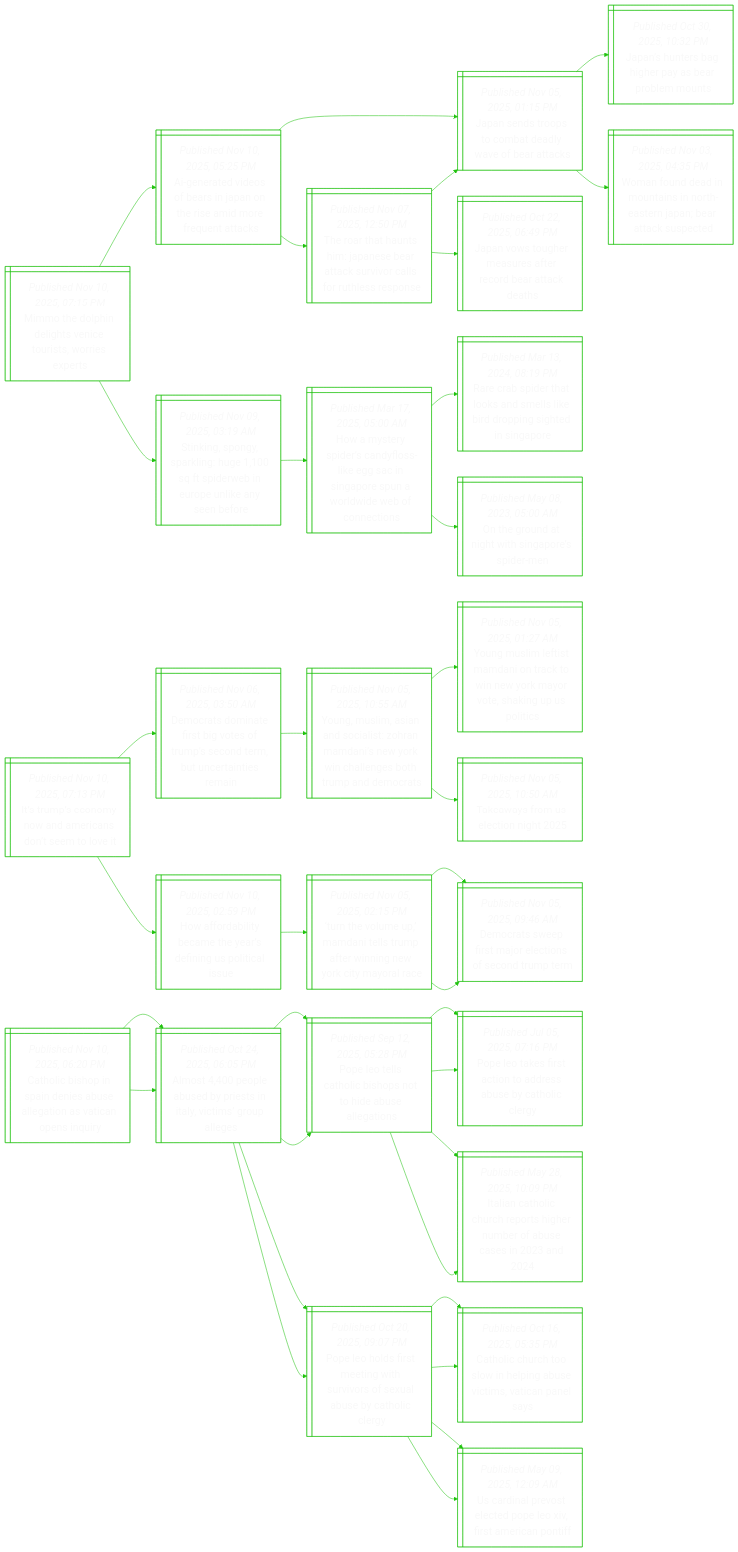
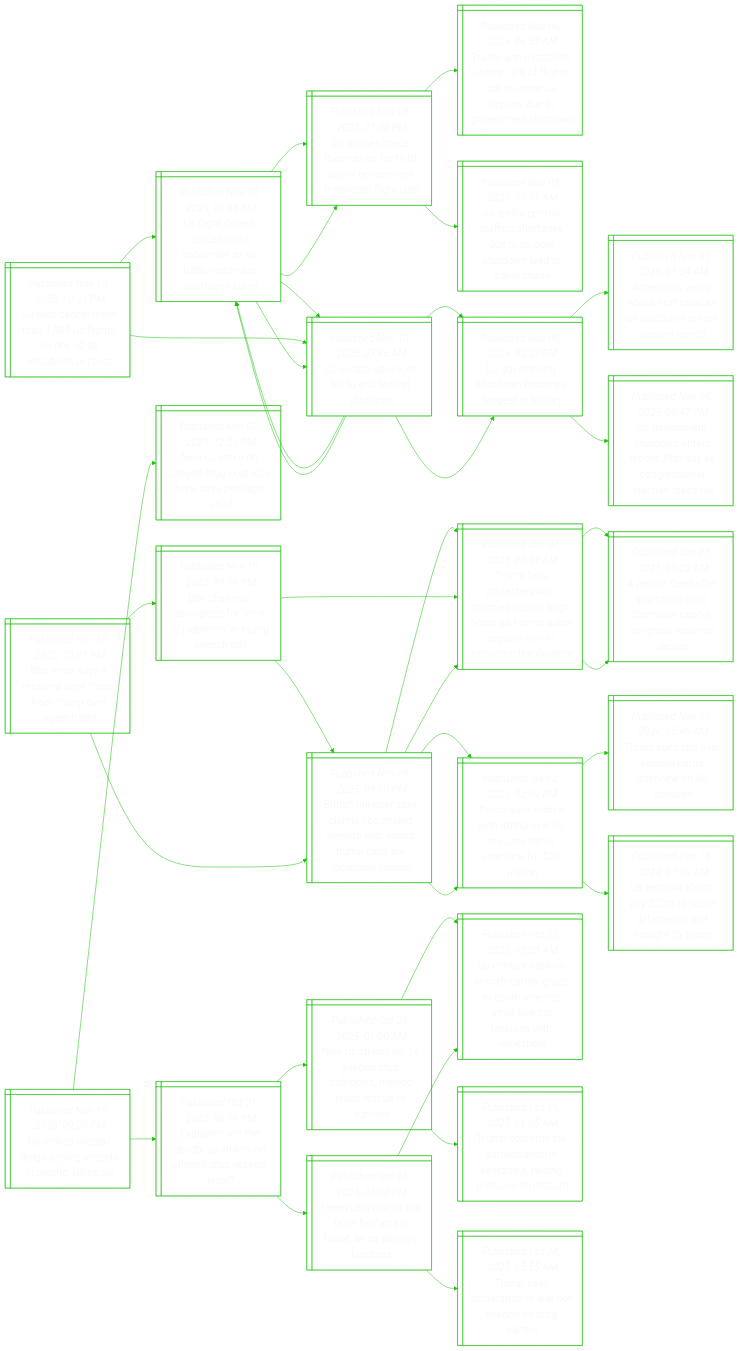
The diagram in README.md (notJmes/notJmes), drawn with Mermaid before and after one commit. The commit also changed other lines of this file, not shown here.

````diff
--- a/README.md
+++ b/README.md
@@ -16,115 +16,118 @@
 flowchart LR
 classDef txtsize font-size:20px;
 
-Mtldhnotrxs@{ shape: win-pane, label: "_Published Nov 10, 2025, 07:15 PM_
-Mimmo the dolphin delights venice tourists, worries experts" }
-Aedoenneaoetc@{ shape: win-pane, label: "_Published Nov 10, 2025, 05:25 PM_
-Ai-generated videos of bears in japan on the rise amid more frequent attacks" }
-Jstsmewfak@{ shape: win-pane, label: "_Published Nov 05, 2025, 01:15 PM_
-Japan sends troops to combat deadly wave of bear attacks" }
-Jsegearlu@{ shape: win-pane, label: "_Published Oct 30, 2025, 10:32 PM_
-Japan’s hunters bag higher pay as bear problem mounts" }
-Wfdntittaetut@{ shape: win-pane, label: "_Published Nov 03, 2025, 04:35 PM_
-Woman found dead in mountains in north-eastern japan; bear attack suspected" }
-TattJeaarrsusp@{ shape: win-pane, label: "_Published Nov 07, 2025, 12:50 PM_
-The roar that haunts him: japanese bear attack survivor calls for ruthless response" }
-Jvorufebtds@{ shape: win-pane, label: "_Published Oct 22, 2025, 06:49 PM_
-Japan vows tougher measures after record bear attack deaths" }
-Jstsmewfak@{ shape: win-pane, label: "_Published Nov 05, 2025, 01:15 PM_
-Japan sends troops to combat deadly wave of bear attacks" }
-Siopigteiolnnr@{ shape: win-pane, label: "_Published Nov 09, 2025, 03:19 AM_
-Stinking, spongy, sparkling: huge 1,100 sq ft spiderweb in europe unlike any seen before" }
-HyyenoksSppoibni@{ shape: win-pane, label: "_Published Mar 17, 2025, 05:00 AM_
-How a mystery spider’s candyfloss-like egg sac in singapore spun a worldwide web of connections" }
-Rrihodledigige@{ shape: win-pane, label: "_Published Mar 13, 2024, 08:19 PM_
-Rare crab spider that looks and smells like bird dropping sighted in singapore" }
-Ogdgtgedn@{ shape: win-pane, label: "_Published May 08, 2023, 05:00 AM_
-On the ground at night with singapore’s spider-men" }
+Annoalsvuni@{ shape: win-pane, label: "_Published Nov 10, 2025, 10:23 PM_
+Airlines cancel more than 1,500 us flights on nov 10 as shutdown persists" }
+Uglalnetifolhgr@{ shape: win-pane, label: "_Published Nov 10, 2025, 06:48 AM_
+Us flight delays, cancellations accelerate as air traffic controller shortages surge" }
+Ulbtefiyvendhs@{ shape: win-pane, label: "_Published Nov 09, 2025, 07:33 PM_
+Us airlines brace themselves for third day of government-mandated flight cuts" }
+TaitroguaSouomhw@{ shape: win-pane, label: "_Published Nov 06, 2025, 06:35 AM_
+Trump administration orders 10% of flights cut at major us airports due to government shutdown" }
+AacofsauSsoarc@{ shape: win-pane, label: "_Published Nov 09, 2025, 07:51 AM_
+Air traffic control staffing shortages due to us govt shutdown lead to travel chaos" }
+Uavstfat@{ shape: win-pane, label: "_Published Nov 10, 2025, 07:45 AM_
+Us senate advances bill to end federal shutdown" }
+Uentbegno@{ shape: win-pane, label: "_Published Nov 05, 2025, 02:27 PM_
+Us government shutdown becomes longest in history" }
+Uglalnetifolhgr@{ shape: win-pane, label: "_Published Nov 10, 2025, 06:48 AM_
+Us flight delays, cancellations accelerate as air traffic controller shortages surge" }
+Uavstfat@{ shape: win-pane, label: "_Published Nov 10, 2025, 07:45 AM_
+Us senate advances bill to end federal shutdown" }
+Uentbegno@{ shape: win-pane, label: "_Published Nov 05, 2025, 02:27 PM_
+Us government shutdown becomes longest in history" }
+AcobeaSdnsdh@{ shape: win-pane, label: "_Published Nov 01, 2025, 01:34 AM_
+Americans worry about next meal as us shutdown enters second month" }
+Uentesraosactt@{ shape: win-pane, label: "_Published Nov 04, 2025, 08:47 PM_
+Us government shutdown enters record 35th day as congressional inaction takes toll" }
+Uglalnetifolhgr@{ shape: win-pane, label: "_Published Nov 10, 2025, 06:48 AM_
+Us flight delays, cancellations accelerate as air traffic controller shortages surge" }
+Ulbtefiyvendhs@{ shape: win-pane, label: "_Published Nov 09, 2025, 07:33 PM_
+Us airlines brace themselves for third day of government-mandated flight cuts" }
+Uavstfat@{ shape: win-pane, label: "_Published Nov 10, 2025, 07:45 AM_
+Us senate advances bill to end federal shutdown" }
 
-Mtldhnotrxs:::txtsize --> Aedoenneaoetc:::txtsize
-Aedoenneaoetc:::txtsize --> Jstsmewfak:::txtsize
-Jstsmewfak:::txtsize --> Jsegearlu:::txtsize
-Jstsmewfak:::txtsize --> Wfdntittaetut:::txtsize
-Aedoenneaoetc:::txtsize --> TattJeaarrsusp:::txtsize
-TattJeaarrsusp:::txtsize --> Jvorufebtds:::txtsize
-TattJeaarrsusp:::txtsize --> Jstsmewfak:::txtsize
-Mtldhnotrxs:::txtsize --> Siopigteiolnnr:::txtsize
-Siopigteiolnnr:::txtsize --> HyyenoksSppoibni:::txtsize
-HyyenoksSppoibni:::txtsize --> Rrihodledigige:::txtsize
-HyyenoksSppoibni:::txtsize --> Ogdgtgedn:::txtsize
+Annoalsvuni:::txtsize --> Uglalnetifolhgr:::txtsize
+Uglalnetifolhgr:::txtsize --> Ulbtefiyvendhs:::txtsize
+Ulbtefiyvendhs:::txtsize --> TaitroguaSouomhw:::txtsize
+Ulbtefiyvendhs:::txtsize --> AacofsauSsoarc:::txtsize
+Uglalnetifolhgr:::txtsize --> Uavstfat:::txtsize
+Uavstfat:::txtsize --> Uentbegno:::txtsize
+Uavstfat:::txtsize --> Uglalnetifolhgr:::txtsize
+Annoalsvuni:::txtsize --> Uavstfat:::txtsize
+Uavstfat:::txtsize --> Uentbegno:::txtsize
+Uentbegno:::txtsize --> AcobeaSdnsdh:::txtsize
+Uentbegno:::txtsize --> Uentesraosactt:::txtsize
+Uavstfat:::txtsize --> Uglalnetifolhgr:::txtsize
+Uglalnetifolhgr:::txtsize --> Ulbtefiyvendhs:::txtsize
+Uglalnetifolhgr:::txtsize --> Uavstfat:::txtsize
 
-Iucynrssoi@{ shape: win-pane, label: "_Published Nov 10, 2025, 07:13 PM_
-It’s trump’s economy now and americans don’t seem to love it" }
-Drotsvomcetrte@{ shape: win-pane, label: "_Published Nov 06, 2025, 03:50 AM_
-Democrats dominate first big votes of trump’s second term, but uncertainties remain" }
-YMmnoihaiYilehpea@{ shape: win-pane, label: "_Published Nov 05, 2025, 10:55 AM_
-Young, muslim, asian and socialist: zohran mamdani’s new york win challenges both trump and democrats" }
-YMmimociYaoauoc@{ shape: win-pane, label: "_Published Nov 05, 2025, 01:27 AM_
-Young muslim leftist mamdani on track to win new york mayor vote, shaking up us politics" }
-Twreig@{ shape: win-pane, label: "_Published Nov 05, 2025, 10:50 AM_
-Takeaways from us election night 2025" }
-Hfbymydipis@{ shape: win-pane, label: "_Published Nov 10, 2025, 02:59 PM_
-How affordability became the year’s defining us political issue" }
-ThuMnlmenekmae@{ shape: win-pane, label: "_Published Nov 05, 2025, 02:15 PM_
-‘turn the volume up,’ mamdani tells trump after winning new york city mayoral race" }
-Drwialosdp@{ shape: win-pane, label: "_Published Nov 05, 2025, 09:46 AM_
-Democrats sweep first major elections of second trump term" }
-Drwialosdp@{ shape: win-pane, label: "_Published Nov 05, 2025, 09:46 AM_
-Democrats sweep first major elections of second trump term" }
+Bwscdlampsh@{ shape: win-pane, label: "_Published Nov 10, 2025, 10:01 PM_
+Bbc news says it received legal threat from trump over speech edit" }
+Banosrfmnpct@{ shape: win-pane, label: "_Published Nov 10, 2025, 09:06 PM_
+Bbc chairman apologises for ‘error of judgment’ in trump speech edit" }
+BsislBsisedpsnies@{ shape: win-pane, label: "_Published Nov 09, 2025, 09:00 PM_
+British minister says claims bbc misled viewers with edited trump clips are ‘incredibly serious’" }
+TtpswoCooamdphcmvn@{ shape: win-pane, label: "_Published Jan 07, 2021, 06:21 AM_
+Trump tells protesters who stormed capitol to go home as former aides implore him to condemn the violence" }
+PoesToisiewin@{ shape: win-pane, label: "_Published Jul 02, 2025, 02:09 PM_
+Paramount settles with trump over 60 minutes harris interview for $20 million" }
+TtpswoCooamdphcmvn@{ shape: win-pane, label: "_Published Jan 07, 2021, 06:21 AM_
+Trump tells protesters who stormed capitol to go home as former aides implore him to condemn the violence" }
+peapubmalrest@{ shape: win-pane, label: "_Published Jan 07, 2021, 03:22 AM_
+4 people dead after pro-trump mob storms us capitol; congress resumes debate" }
+BsislBsisedpsnies@{ shape: win-pane, label: "_Published Nov 09, 2025, 09:00 PM_
+British minister says claims bbc misled viewers with edited trump clips are ‘incredibly serious’" }
+TtpswoCooamdphcmvn@{ shape: win-pane, label: "_Published Jan 07, 2021, 06:21 AM_
+Trump tells protesters who stormed capitol to go home as former aides implore him to condemn the violence" }
+peapubmalrest@{ shape: win-pane, label: "_Published Jan 07, 2021, 03:22 AM_
+4 people dead after pro-trump mob storms us capitol; congress resumes debate" }
+PoesToisiewin@{ shape: win-pane, label: "_Published Jul 02, 2025, 02:09 PM_
+Paramount settles with trump over 60 minutes harris interview for $20 million" }
+TsBrlrteis@{ shape: win-pane, label: "_Published Nov 01, 2024, 05:40 AM_
+Trump sues cbs over kamala harris interview on 60 minutes" }
+UwBasemnbhr@{ shape: win-pane, label: "_Published Dec 15, 2024, 07:40 AM_
+Us network abc to pay $20m to settle defamation suit brought by trump" }
 
-Iucynrssoi:::txtsize --> Drotsvomcetrte:::txtsize
-Drotsvomcetrte:::txtsize --> YMmnoihaiYilehpea:::txtsize
-YMmnoihaiYilehpea:::txtsize --> YMmimociYaoauoc:::txtsize
-YMmnoihaiYilehpea:::txtsize --> Twreig:::txtsize
-Iucynrssoi:::txtsize --> Hfbymydipis:::txtsize
-Hfbymydipis:::txtsize --> ThuMnlmenekmae:::txtsize
-ThuMnlmenekmae:::txtsize --> Drwialosdp:::txtsize
-ThuMnlmenekmae:::txtsize --> Drwialosdp:::txtsize
+Bwscdlampsh:::txtsize --> Banosrfmnpct:::txtsize
+Banosrfmnpct:::txtsize --> BsislBsisedpsnies:::txtsize
+BsislBsisedpsnies:::txtsize --> TtpswoCooamdphcmvn:::txtsize
+BsislBsisedpsnies:::txtsize --> PoesToisiewin:::txtsize
+Banosrfmnpct:::txtsize --> TtpswoCooamdphcmvn:::txtsize
+TtpswoCooamdphcmvn:::txtsize --> peapubmalrest:::txtsize
+Bwscdlampsh:::txtsize --> BsislBsisedpsnies:::txtsize
+BsislBsisedpsnies:::txtsize --> TtpswoCooamdphcmvn:::txtsize
+TtpswoCooamdphcmvn:::txtsize --> peapubmalrest:::txtsize
+BsislBsisedpsnies:::txtsize --> PoesToisiewin:::txtsize
+PoesToisiewin:::txtsize --> TsBrlrteis:::txtsize
+PoesToisiewin:::txtsize --> UwBasemnbhr:::txtsize
 
-Clsnneseoansi@{ shape: win-pane, label: "_Published Nov 10, 2025, 06:20 PM_
-Catholic bishop in spain denies abuse allegation as vatican opens inquiry" }
-Atlspttispg@{ shape: win-pane, label: "_Published Oct 24, 2025, 06:05 PM_
-Almost 4,400 people abused by priests in italy, victims’ group alleges" }
-Pelhbpteegn@{ shape: win-pane, label: "_Published Sep 12, 2025, 05:28 PM_
-Pope leo tells catholic bishops not to hide abuse allegations" }
-Peesiassair@{ shape: win-pane, label: "_Published Jul 05, 2025, 07:16 PM_
-Pope leo takes first action to address abuse by catholic clergy" }
-IahChrguosen@{ shape: win-pane, label: "_Published May 28, 2025, 10:09 PM_
-Italian catholic church reports higher number of abuse cases in 2023 and 2024" }
-Pedstirreabhcy@{ shape: win-pane, label: "_Published Oct 20, 2025, 09:07 PM_
-Pope leo holds first meeting with survivors of sexual abuse by catholic clergy" }
-Cluowlavmiaa@{ shape: win-pane, label: "_Published Oct 16, 2025, 05:35 PM_
-Catholic church too slow in helping abuse victims, vatican panel says" }
-UdPscooimat@{ shape: win-pane, label: "_Published May 09, 2025, 12:09 AM_
-Us cardinal prevost elected pope leo xiv, first american pontiff" }
-Atlspttispg@{ shape: win-pane, label: "_Published Oct 24, 2025, 06:05 PM_
-Almost 4,400 people abused by priests in italy, victims’ group alleges" }
-Pelhbpteegn@{ shape: win-pane, label: "_Published Sep 12, 2025, 05:28 PM_
-Pope leo tells catholic bishops not to hide abuse allegations" }
-Peesiassair@{ shape: win-pane, label: "_Published Jul 05, 2025, 07:16 PM_
-Pope leo takes first action to address abuse by catholic clergy" }
-IahChrguosen@{ shape: win-pane, label: "_Published May 28, 2025, 10:09 PM_
-Italian catholic church reports higher number of abuse cases in 2023 and 2024" }
-Pedstirreabhcy@{ shape: win-pane, label: "_Published Oct 20, 2025, 09:07 PM_
-Pope leo holds first meeting with survivors of sexual abuse by catholic clergy" }
-Cluowlavmiaa@{ shape: win-pane, label: "_Published Oct 16, 2025, 05:35 PM_
-Catholic church too slow in helping abuse victims, vatican panel says" }
-UdPscooimat@{ shape: win-pane, label: "_Published May 09, 2025, 12:09 AM_
-Us cardinal prevost elected pope leo xiv, first american pontiff" }
+Uildcisiiig@{ shape: win-pane, label: "_Published Nov 10, 2025, 09:20 PM_
+Us strikes alleged drug-carrying vessels in pacific, killing six" }
+Nseldolrytc@{ shape: win-pane, label: "_Published Nov 07, 2025, 12:27 PM_
+New us strike on alleged drug boat kills three, says pentagon chief" }
+Eirdyroersl@{ shape: win-pane, label: "_Published Oct 31, 2025, 06:16 PM_
+Explainer: are the deadly us strikes on alleged drug vessels legal?​" }
+Nselgufexeeov@{ shape: win-pane, label: "_Published Oct 29, 2025, 01:00 AM_
+New us strikes kill 14 alleged drug traffickers, mexico leads rescue of survivor" }
+Uidycceuomasnswee@{ shape: win-pane, label: "_Published Oct 25, 2025, 02:00 AM_
+Us military deploys aircraft carrier group to south america amid soaring tensions with venezuela" }
+TcrAotnzrnsou@{ shape: win-pane, label: "_Published Oct 16, 2025, 06:05 AM_
+Trump confirms cia authorisation in venezuela, raising pressure on maduro" }
+VulClaaispbr@{ shape: win-pane, label: "_Published Oct 28, 2025, 01:03 PM_
+Venezuela claims cia ‘false flag’ attack foiled, as us deploys bombers" }
+Tseaonencl@{ shape: win-pane, label: "_Published Oct 24, 2025, 05:55 AM_
+Trump says declaration of war not needed on drug cartels" }
+Uidycceuomasnswee@{ shape: win-pane, label: "_Published Oct 25, 2025, 02:00 AM_
+Us military deploys aircraft carrier group to south america amid soaring tensions with venezuela" }
 
-Clsnneseoansi:::txtsize --> Atlspttispg:::txtsize
-Atlspttispg:::txtsize --> Pelhbpteegn:::txtsize
-Pelhbpteegn:::txtsize --> Peesiassair:::txtsize
-Pelhbpteegn:::txtsize --> IahChrguosen:::txtsize
-Atlspttispg:::txtsize --> Pedstirreabhcy:::txtsize
-Pedstirreabhcy:::txtsize --> Cluowlavmiaa:::txtsize
-Pedstirreabhcy:::txtsize --> UdPscooimat:::txtsize
-Clsnneseoansi:::txtsize --> Atlspttispg:::txtsize
-Atlspttispg:::txtsize --> Pelhbpteegn:::txtsize
-Pelhbpteegn:::txtsize --> Peesiassair:::txtsize
-Pelhbpteegn:::txtsize --> IahChrguosen:::txtsize
-Atlspttispg:::txtsize --> Pedstirreabhcy:::txtsize
-Pedstirreabhcy:::txtsize --> Cluowlavmiaa:::txtsize
-Pedstirreabhcy:::txtsize --> UdPscooimat:::txtsize
+Uildcisiiig:::txtsize --> Nseldolrytc:::txtsize
+Uildcisiiig:::txtsize --> Eirdyroersl:::txtsize
+Eirdyroersl:::txtsize --> Nselgufexeeov:::txtsize
+Nselgufexeeov:::txtsize --> Uidycceuomasnswee:::txtsize
+Nselgufexeeov:::txtsize --> TcrAotnzrnsou:::txtsize
+Eirdyroersl:::txtsize --> VulClaaispbr:::txtsize
+VulClaaispbr:::txtsize --> Tseaonencl:::txtsize
+VulClaaispbr:::txtsize --> Uidycceuomasnswee:::txtsize
 
 ```
````
